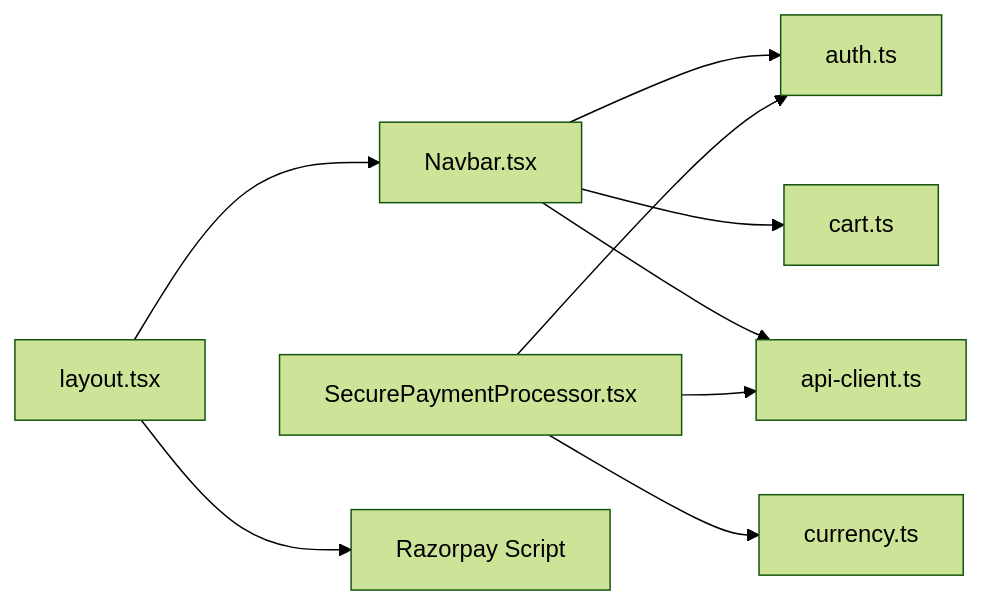
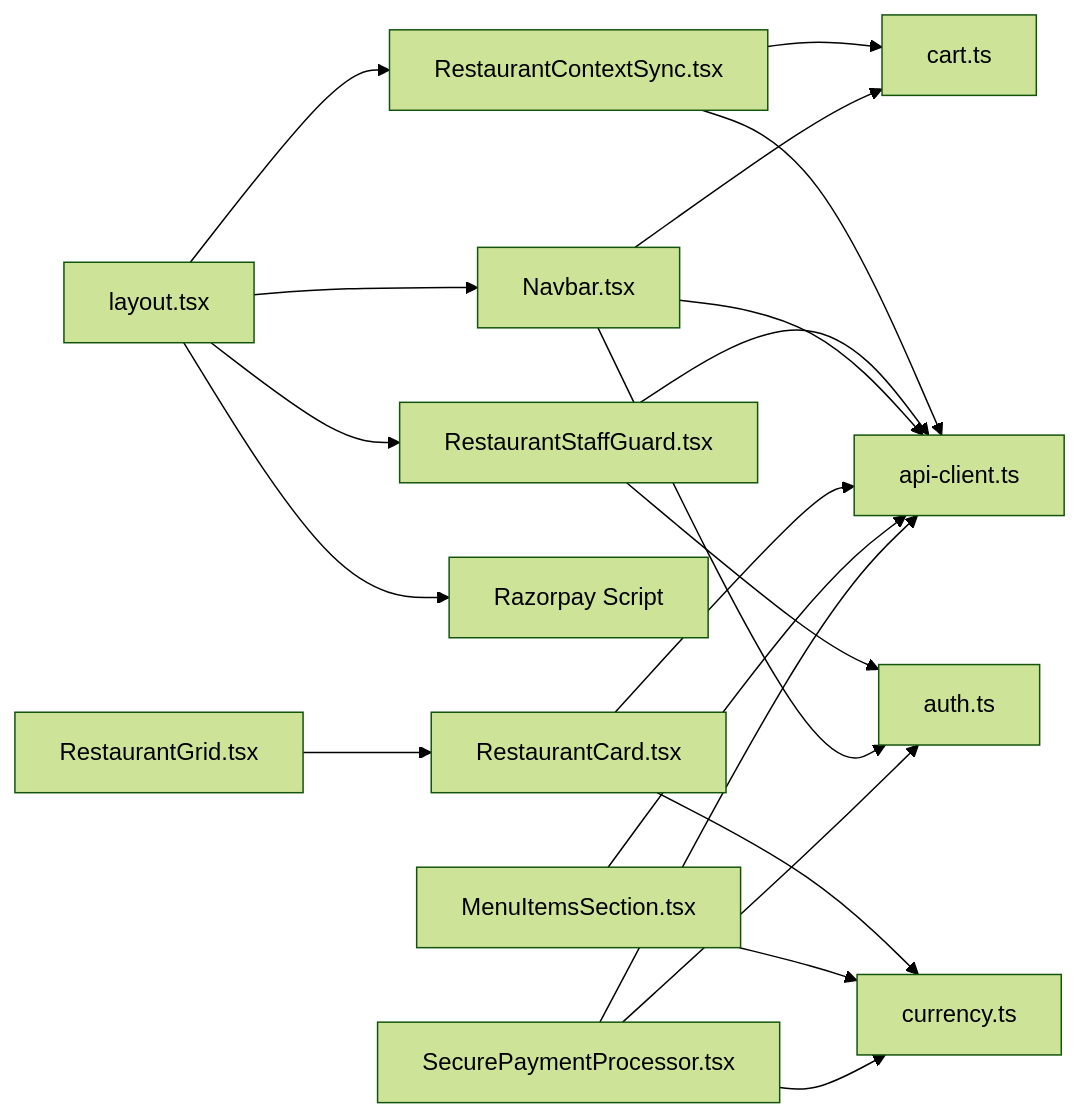
One commit to Dequeue-Tech/DeQ-Bite changed diagram 11 of 11 in .qoder/repowiki/en/content/Frontend System/Component Library.md. Above: the diagram before and after it, drawn with Mermaid (forest theme). The commit also changed other lines of this file and 25 other files, not shown here.

````diff
--- a/.qoder/repowiki/en/content/Frontend System/Component Library.md
+++ b/.qoder/repowiki/en/content/Frontend System/Component Library.md
@@ -262,11 +661,22 @@
 ```mermaid
 graph LR
-Navbar["Navbar.tsx"] --> Auth["auth.ts"]
-Navbar --> Cart["cart.ts"]
-Navbar --> API["api-client.ts"]
+Layout["layout.tsx"] --> RCS["RestaurantContextSync.tsx"]
+Layout --> RSG["RestaurantStaffGuard.tsx"]
+Layout --> Navbar["Navbar.tsx"]
+Layout --> Razorpay["Razorpay Script"]
+RCS --> Cart["cart.ts"]
+RCS --> API["api-client.ts"]
+RSG --> Auth["auth.ts"]
+RSG --> API
+Navbar --> Auth
+Navbar --> Cart
+Navbar --> API
+RC["RestaurantCard.tsx"] --> API
+RC --> CUR["currency.ts"]
+RG["RestaurantGrid.tsx"] --> RC
+MIS["MenuItemsSection.tsx"] --> API
+MIS --> CUR
 SPP["SecurePaymentProcessor.tsx"] --> Auth
 SPP --> API
-SPP --> CUR["currency.ts"]
-Layout["layout.tsx"] --> Navbar
-Layout --> Razorpay["Razorpay Script"]
+SPP --> CUR
 ```
````
